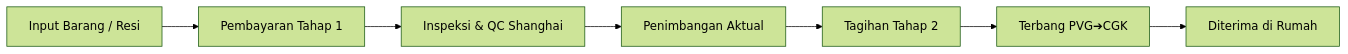
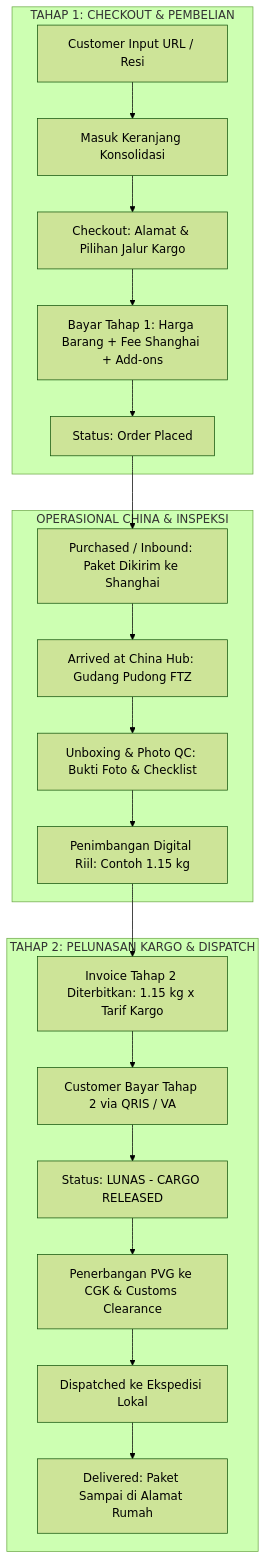
One commit to Flypick-Nevermind/fp-store-web changed the diagram in README.md. Above: the diagram before and after it, drawn with Mermaid (forest theme). The commit also changed other lines of this file, not shown here.

Commit message:
docs: update README with detailed stage 1 & 2 flow, mermaid diagram, and Vercel guide

````diff
--- a/README.md
+++ b/README.md
@@ -188,9 +63,25 @@
 ```mermaid
-flowchart LR
-    A[Input Barang / Resi] --> B[Pembayaran Tahap 1]
-    B --> C[Inspeksi & QC Shanghai]
-    C --> D[Penimbangan Aktual]
-    D --> E[Tagihan Tahap 2]
-    E --> F[Terbang PVG➔CGK]
-    F --> G[Diterima di Rumah]
+flowchart TD
+    subgraph S1 [TAHAP 1: CHECKOUT & PEMBELIAN]
+        A[Customer Input URL / Resi] --> B[Masuk Keranjang Konsolidasi]
+        B --> C[Checkout: Alamat & Pilihan Jalur Kargo]
+        C --> D[Bayar Tahap 1: Harga Barang + Fee Shanghai + Add-ons]
+        D --> E[Status: Order Placed]
+    end
+
+    subgraph S2 [OPERASIONAL CHINA & INSPEKSI]
+        E --> F[Purchased / Inbound: Paket Dikirim ke Shanghai]
+        F --> G[Arrived at China Hub: Gudang Pudong FTZ]
+        G --> H[Unboxing & Photo QC: Bukti Foto & Checklist]
+        H --> I[Penimbangan Digital Riil: Contoh 1.15 kg]
+    end
+
+    subgraph S3 [TAHAP 2: PELUNASAN KARGO & DISPATCH]
+        I --> J[Invoice Tahap 2 Diterbitkan: 1.15 kg x Tarif Kargo]
+        J --> K[Customer Bayar Tahap 2 via QRIS / VA]
+        K --> L[Status: LUNAS - CARGO RELEASED]
+        L --> M[Penerbangan PVG ke CGK & Customs Clearance]
+        M --> N[Dispatched ke Ekspedisi Lokal]
+        N --> O[Delivered: Paket Sampai di Alamat Rumah]
+    end
 ```
````
